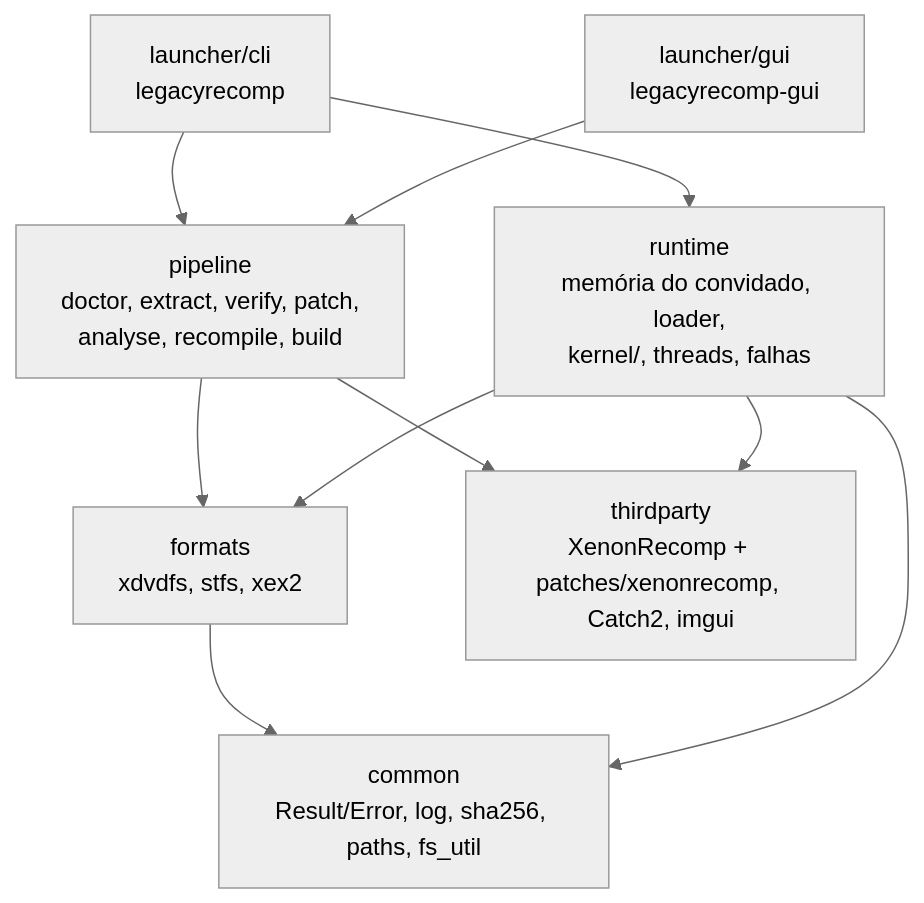
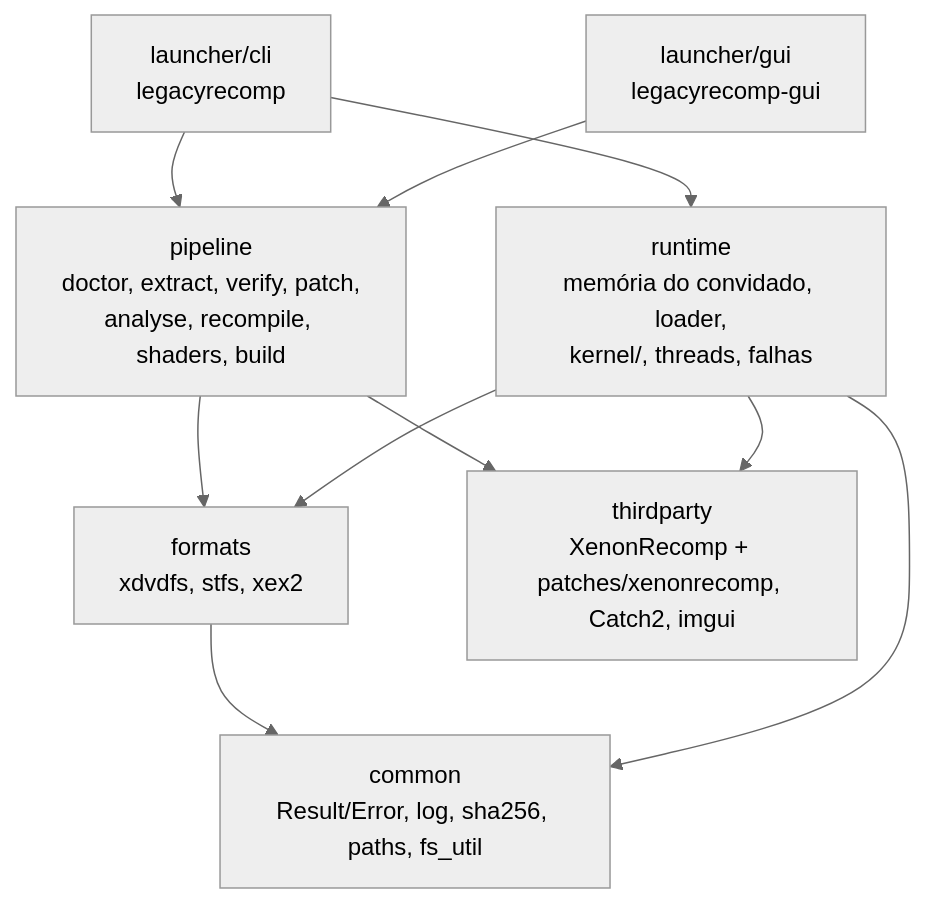
One commit to KauanDev1/legacy-launcher changed the diagram in docs/architecture.md. Above: the diagram before and after it, drawn with Mermaid (neutral theme). The commit also changed 18 other files, not shown here.

First line of the commit message:
feat(pipeline): translate the game's shaders at install time

````diff
--- a/docs/architecture.md
+++ b/docs/architecture.md
@@ -5,19 +5,19 @@
 ```mermaid
 flowchart TD
   cli[launcher/cli<br/>legacyrecomp]
   gui[launcher/gui<br/>legacyrecomp-gui]
-  pipeline[pipeline<br/>doctor, extract, verify, patch,<br/>analyse, recompile, build]
+  pipeline[pipeline<br/>doctor, extract, verify, patch,<br/>analyse, recompile, shaders, build]
   runtime[runtime<br/>memória do convidado, loader,<br/>kernel/, threads, falhas]
   formats[formats<br/>xdvdfs, stfs, xex2]
   common[common<br/>Result/Error, log, sha256, paths, fs_util]
   third[thirdparty<br/>XenonRecomp + patches/xenonrecomp, Catch2, imgui]
   cli --> pipeline
   gui --> pipeline
   cli --> runtime
   pipeline --> formats
   pipeline --> third
   formats --> common
   runtime --> formats
   runtime --> common
   runtime --> third
 ```
````
